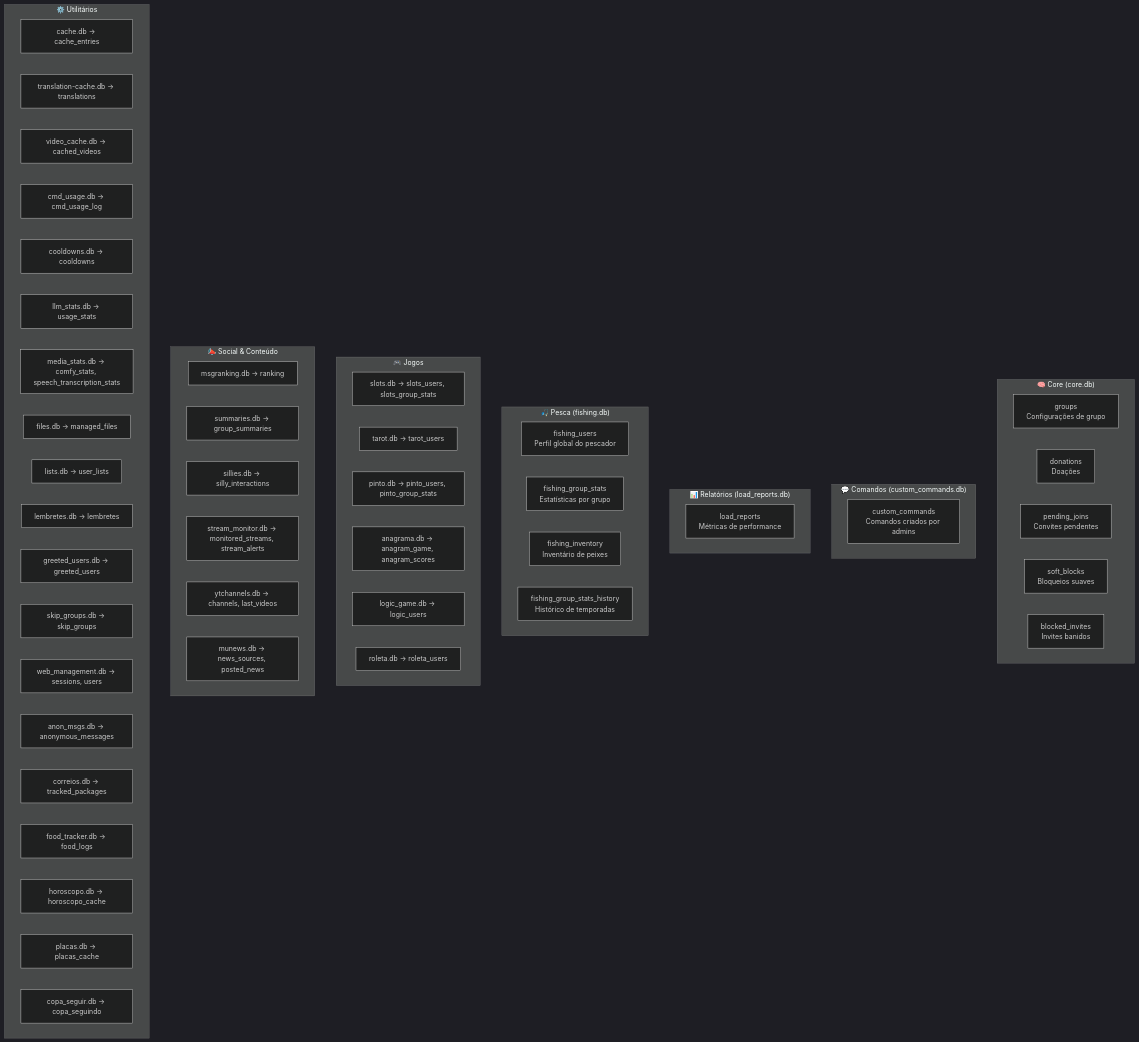
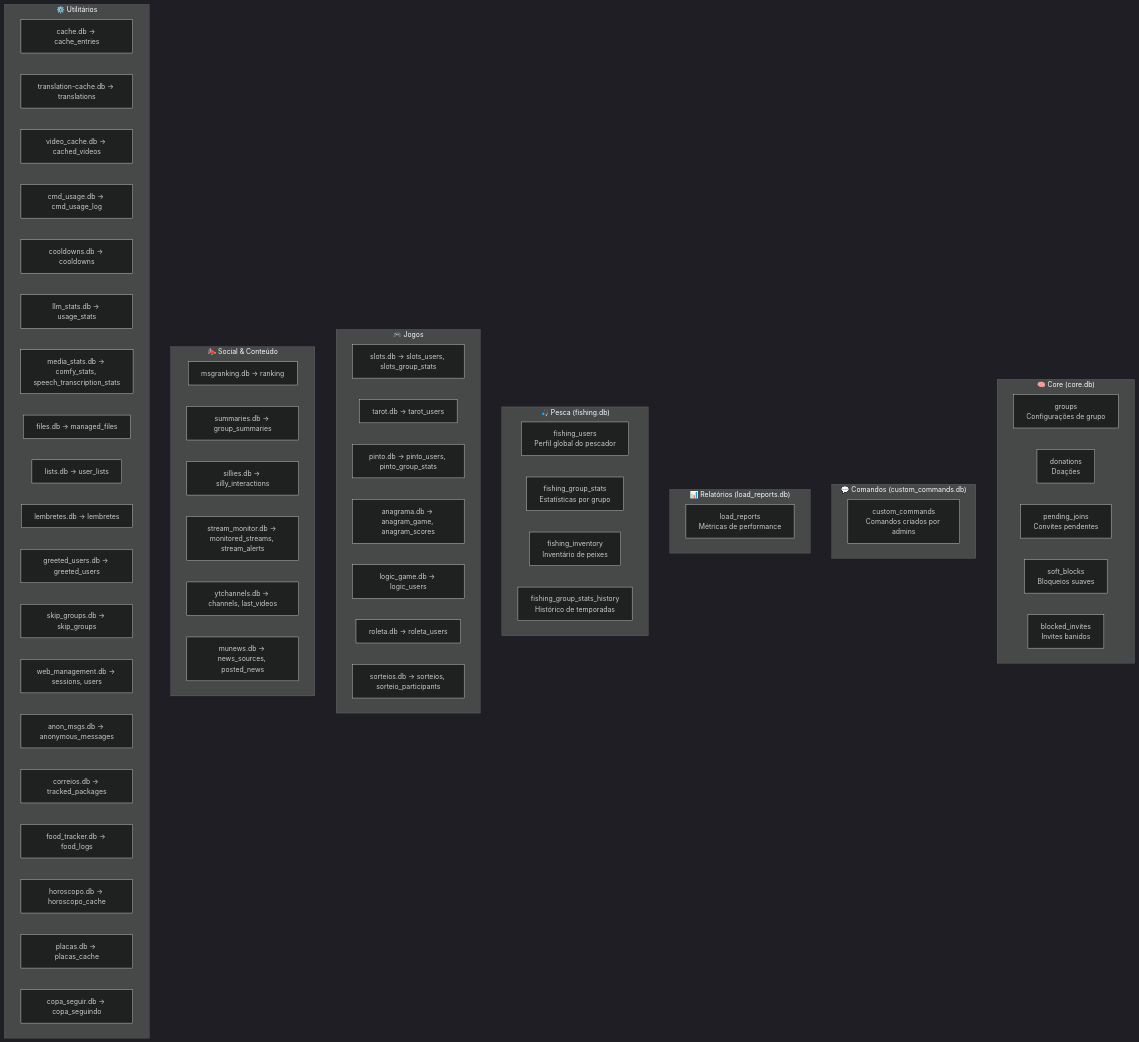
Before and after one commit to moothz/ravena-ai: the diagram in DATABASE_TABLES.md, drawn with Mermaid (dark theme). The commit also changed other lines of this file and 2 other files, not shown here.

Commit message:
feat(sorteio): add raffle commands and reactions

````diff
--- a/DATABASE_TABLES.md
+++ b/DATABASE_TABLES.md
@@ -10,65 +10,66 @@
 ```mermaid
 graph TD
     subgraph CORE ["🧠 Core (core.db)"]
         groups["groups\nConfigurações de grupo"]
         donations["donations\nDoações"]
         pending_joins["pending_joins\nConvites pendentes"]
         soft_blocks["soft_blocks\nBloqueios suaves"]
         blocked_invites["blocked_invites\nInvites banidos"]
     end
 
     subgraph CMDS ["💬 Comandos (custom_commands.db)"]
         custom_commands["custom_commands\nComandos criados por admins"]
     end
 
     subgraph REPORTS ["📊 Relatórios (load_reports.db)"]
         load_reports["load_reports\nMétricas de performance"]
     end
 
     subgraph FISHING ["🎣 Pesca (fishing.db)"]
         fishing_users["fishing_users\nPerfil global do pescador"]
         fishing_group_stats["fishing_group_stats\nEstatísticas por grupo"]
         fishing_inventory["fishing_inventory\nInventário de peixes"]
         fishing_group_stats_history["fishing_group_stats_history\nHistórico de temporadas"]
     end
 
     subgraph GAMES ["🎮 Jogos"]
         slots["slots.db → slots_users, slots_group_stats"]
         tarot["tarot.db → tarot_users"]
         pinto["pinto.db → pinto_users, pinto_group_stats"]
         anagram["anagrama.db → anagram_game, anagram_scores"]
         logic["logic_game.db → logic_users"]
         roleta["roleta.db → roleta_users"]
+        sorteios["sorteios.db → sorteios, sorteio_participants"]
     end
 
     subgraph SOCIAL ["📣 Social & Conteúdo"]
         ranking["msgranking.db → ranking"]
         summaries["summaries.db → group_summaries"]
         sillies["sillies.db → silly_interactions"]
         stream["stream_monitor.db → monitored_streams, stream_alerts"]
         ytchannels["ytchannels.db → channels, last_videos"]
         munews["munews.db → news_sources, posted_news"]
     end
 
     subgraph UTILS ["⚙️ Utilitários"]
         cache["cache.db → cache_entries"]
         translation_cache["translation-cache.db → translations"]
         video_cache["video_cache.db → cached_videos"]
         cmd_usage["cmd_usage.db → cmd_usage_log"]
         cooldowns["cooldowns.db → cooldowns"]
         llm_stats["llm_stats.db → usage_stats"]
         media_stats["media_stats.db → comfy_stats, speech_transcription_stats"]
         files["files.db → managed_files"]
         lists["lists.db → user_lists"]
         lembretes["lembretes.db → lembretes"]
         greeted["greeted_users.db → greeted_users"]
         skip_groups["skip_groups.db → skip_groups"]
         web_mgmt["web_management.db → sessions, users"]
         anon_msgs["anon_msgs.db → anonymous_messages"]
         correios["correios.db → tracked_packages"]
         food_tracker["food_tracker.db → food_logs"]
         horoscopo["horoscopo.db → horoscopo_cache"]
         placas["placas.db → placas_cache"]
         copa_seguir["copa_seguir.db → copa_seguindo"]
     end
 ```
````
